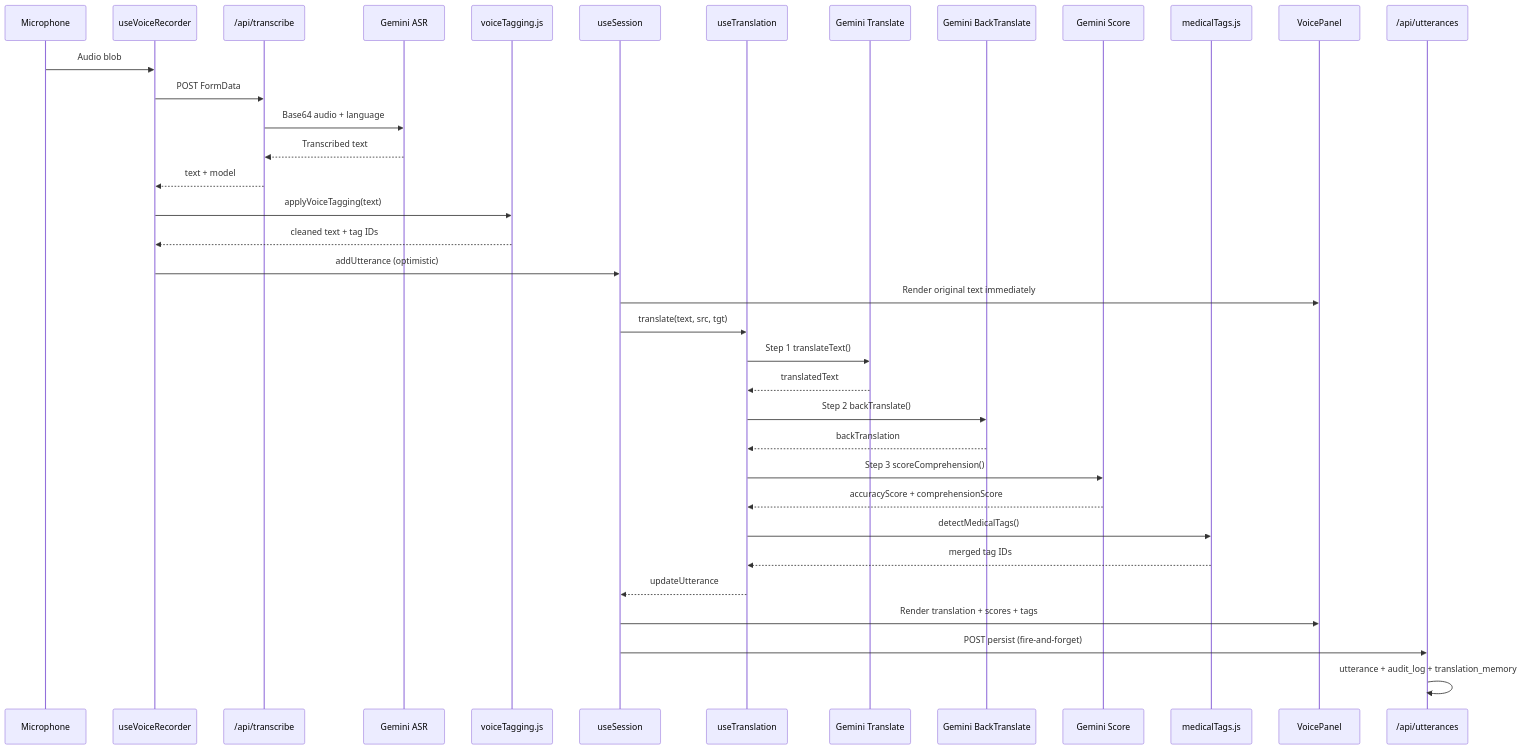
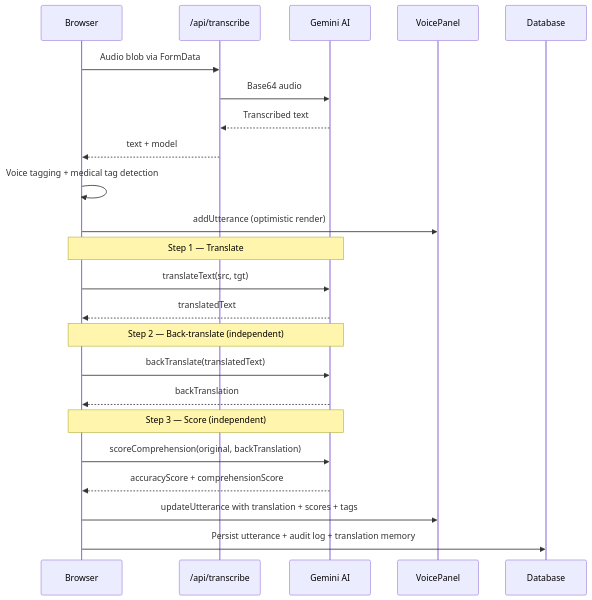
Before and after one commit to frenzy2004/Interp: the second of 4 diagrams in README.md, drawn with Mermaid. The commit also changed other lines of this file, not shown here.

First line of the commit message:
Clean up mermaid diagrams for readability

````diff
--- a/README.md
+++ b/README.md
@@ -134,41 +63,30 @@
 ```mermaid
 sequenceDiagram
-  participant Mic as Microphone
-  participant VR as useVoiceRecorder
-  participant ASR as /api/transcribe
-  participant Gem1 as Gemini ASR
-  participant VT as voiceTagging.js
-  participant Sess as useSession
-  participant T as useTranslation
-  participant Gem2 as Gemini Translate
-  participant Gem3 as Gemini BackTranslate
-  participant Gem4 as Gemini Score
-  participant MT as medicalTags.js
+  participant Browser as Browser
+  participant API as /api/transcribe
+  participant Gemini as Gemini AI
   participant UI as VoicePanel
-  participant DB as /api/utterances
+  participant DB as Database
 
-  Mic->>VR: Audio blob
-  VR->>ASR: POST FormData
-  ASR->>Gem1: Base64 audio + language
-  Gem1-->>ASR: Transcribed text
-  ASR-->>VR: text + model
-  VR->>VT: applyVoiceTagging(text)
-  VT-->>VR: cleaned text + tag IDs
-  VR->>Sess: addUtterance (optimistic)
-  Sess->>UI: Render original text immediately
+  Browser->>API: Audio blob via FormData
+  API->>Gemini: Base64 audio
+  Gemini-->>API: Transcribed text
+  API-->>Browser: text + model
+  Browser->>Browser: Voice tagging + medical tag detection
+  Browser->>UI: addUtterance (optimistic render)
 
-  Sess->>T: translate(text, src, tgt)
-  T->>Gem2: Step 1 translateText()
-  Gem2-->>T: translatedText
-  T->>Gem3: Step 2 backTranslate()
-  Gem3-->>T: backTranslation
-  T->>Gem4: Step 3 scoreComprehension()
-  Gem4-->>T: accuracyScore + comprehensionScore
-  T->>MT: detectMedicalTags()
-  MT-->>T: merged tag IDs
-  T-->>Sess: updateUtterance
-  Sess->>UI: Render translation + scores + tags
+  Note over Browser,Gemini: Step 1 — Translate
+  Browser->>Gemini: translateText(src, tgt)
+  Gemini-->>Browser: translatedText
 
-  Sess->>DB: POST persist (fire-and-forget)
-  DB->>DB: utterance + audit_log + translation_memory
+  Note over Browser,Gemini: Step 2 — Back-translate (independent)
+  Browser->>Gemini: backTranslate(translatedText)
+  Gemini-->>Browser: backTranslation
+
+  Note over Browser,Gemini: Step 3 — Score (independent)
+  Browser->>Gemini: scoreComprehension(original, backTranslation)
+  Gemini-->>Browser: accuracyScore + comprehensionScore
+
+  Browser->>UI: updateUtterance with translation + scores + tags
+  Browser->>DB: Persist utterance + audit log + translation memory
 ```
````
